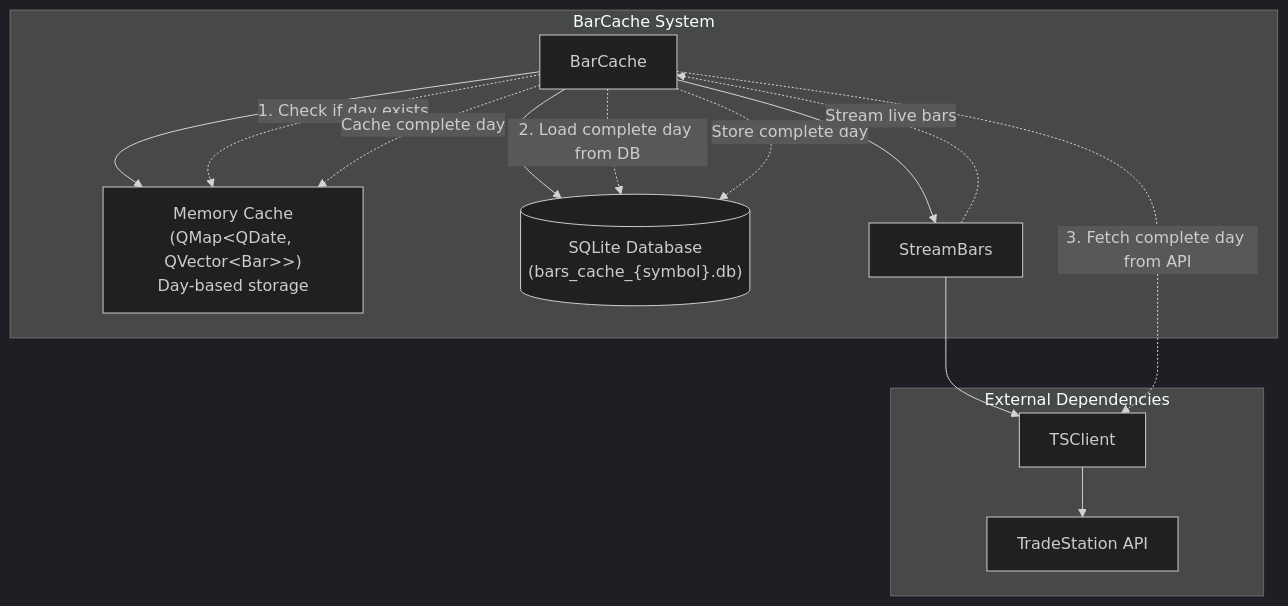
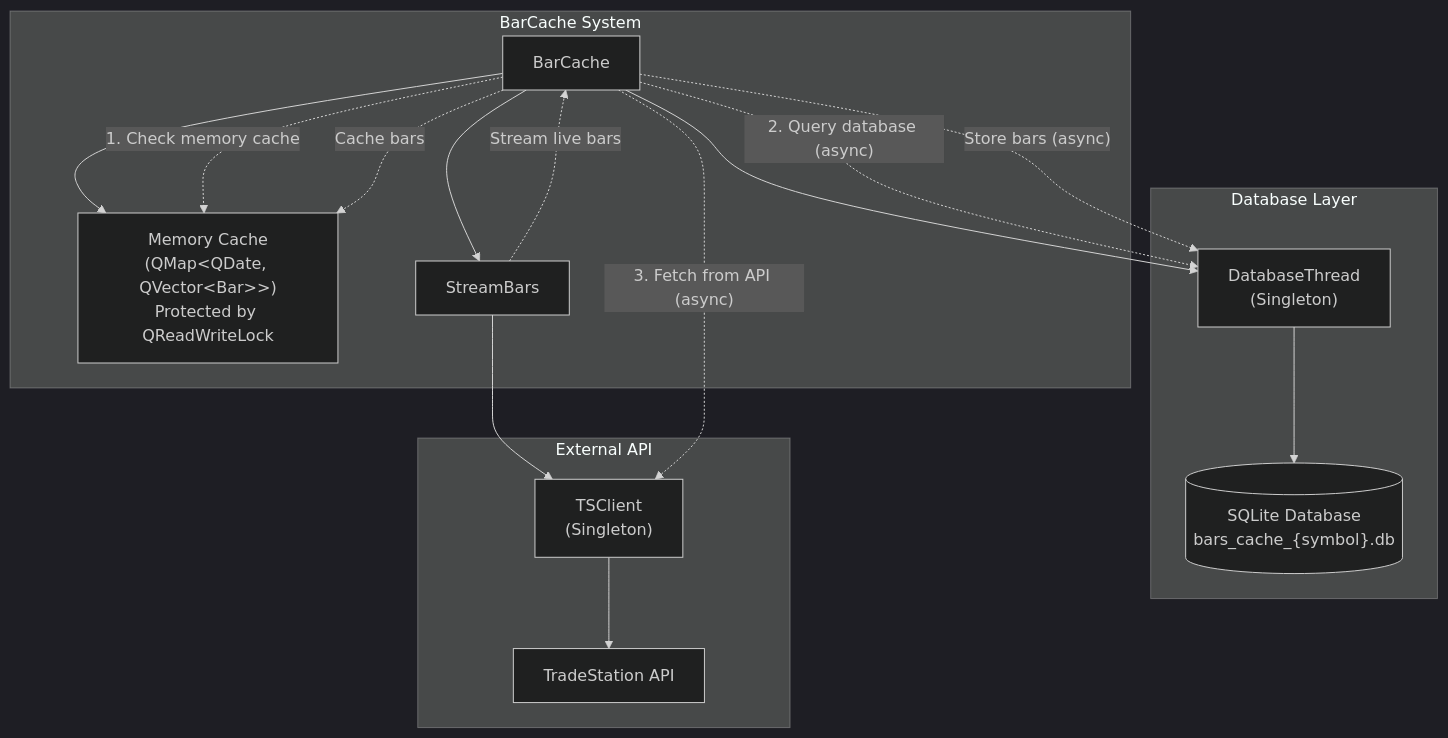
The sixth of 6 diagrams in Src/Core/Cache/BarCache/BarCache.md (simonbeaudoin0935/OpenTraderPlatform), drawn with Mermaid (dark theme) before and after one commit. The commit also changed other lines of this file and 3 other files, not shown here.

````diff
--- a/Src/Core/Cache/BarCache/BarCache.md
+++ b/Src/Core/Cache/BarCache/BarCache.md
@@ -208,27 +246,32 @@
 ```mermaid
 graph TB
     subgraph "BarCache System"
         BC[BarCache]
-        MC["Memory Cache<br/>(QMap&lt;QDate, QVector&lt;Bar&gt;&gt;)<br/>Day-based storage"]
-        DB[("SQLite Database<br/>(bars_cache_{symbol}.db)")]
+        MC["Memory Cache<br/>(QMap&lt;QDate, QVector&lt;Bar&gt;&gt;)<br/>Protected by QReadWriteLock"]
         SB[StreamBars]
     end
+    
+    subgraph "Database Layer"
+        DBT["DatabaseThread<br/>(Singleton)"]
+        DB[("SQLite Database<br/>bars_cache_{symbol}.db")]
+    end
 
-    subgraph "External Dependencies"
-        TSC[TSClient]
+    subgraph "External API"
+        TSC["TSClient<br/>(Singleton)"]
         API["TradeStation API"]
     end
 
     BC --> MC
-    BC --> DB
+    BC --> DBT
     BC --> SB
+    DBT --> DB
     SB --> TSC
     TSC --> API
 
-    BC -.->|"1. Check if day exists"| MC
-    BC -.->|"2. Load complete day from DB"| DB
-    BC -.->|"3. Fetch complete day from API"| TSC
-    BC -.->|"Store complete day"| DB
-    BC -.->|"Cache complete day"| MC
+    BC -.->|"1. Check memory cache"| MC
+    BC -.->|"2. Query database (async)"| DBT
+    BC -.->|"3. Fetch from API (async)"| TSC
+    BC -.->|"Store bars (async)"| DBT
+    BC -.->|"Cache bars"| MC
     SB -.->|"Stream live bars"| BC
 ```
````
